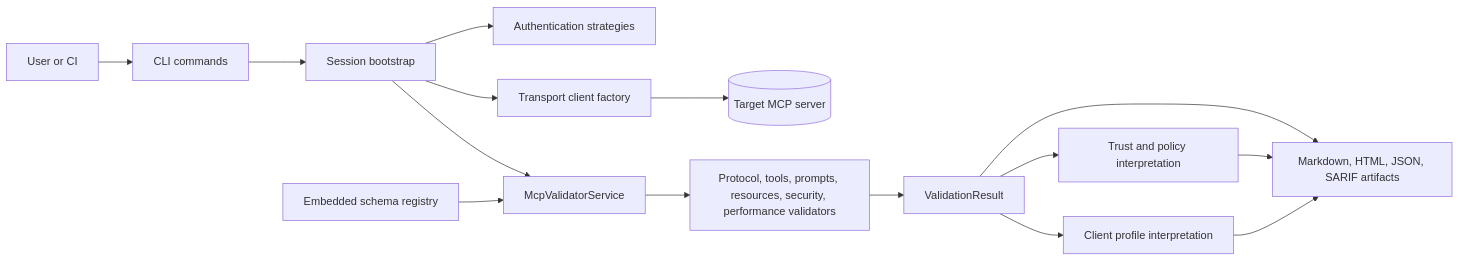
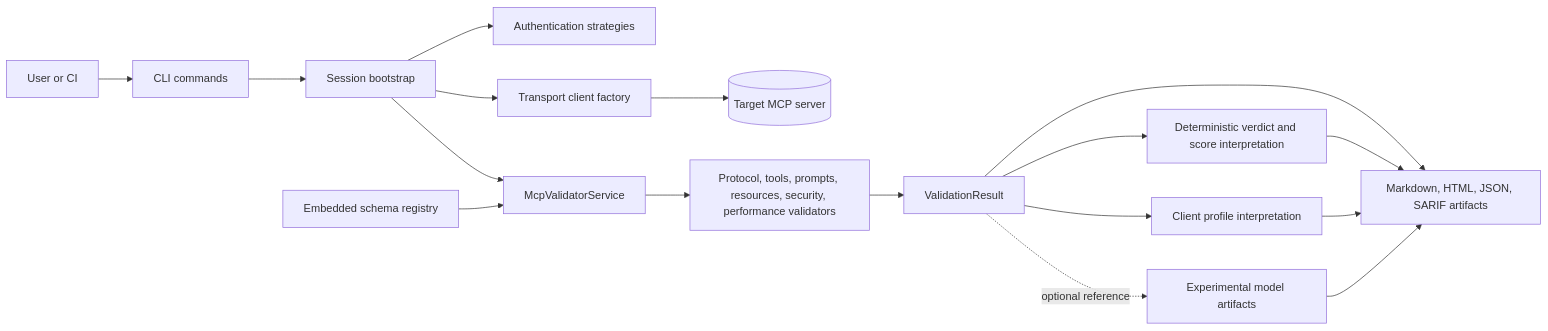
One commit to navalerakesh/mcp-validation-security changed the diagram in docs/Design/Architecture.md. Above: the diagram before and after it, drawn with Mermaid. The commit also changed other lines of this file and 131 other files, not shown here.

````diff
--- a/docs/Design/Architecture.md
+++ b/docs/Design/Architecture.md
@@ -33,17 +34,19 @@
 ```mermaid
 flowchart LR
     User[User or CI] --> CLI[CLI commands]
     CLI --> Session[Session bootstrap]
     Session --> Auth[Authentication strategies]
     Session --> Transport[Transport client factory]
     Transport --> Target[(Target MCP server)]
     Session --> Service[McpValidatorService]
     Schema[Embedded schema registry] --> Service
     Service --> Validators[Protocol, tools, prompts, resources, security, performance validators]
     Validators --> Result[ValidationResult]
-    Result --> Trust[Trust and policy interpretation]
+    Result --> Verdicts[Deterministic verdict and score interpretation]
     Result --> Profiles[Client profile interpretation]
+    Result -. optional reference .-> ModelArtifacts[Experimental model artifacts]
     Result --> Artifacts[Markdown, HTML, JSON, SARIF artifacts]
-    Trust --> Artifacts
+    Verdicts --> Artifacts
     Profiles --> Artifacts
+    ModelArtifacts --> Artifacts
 ```
````
